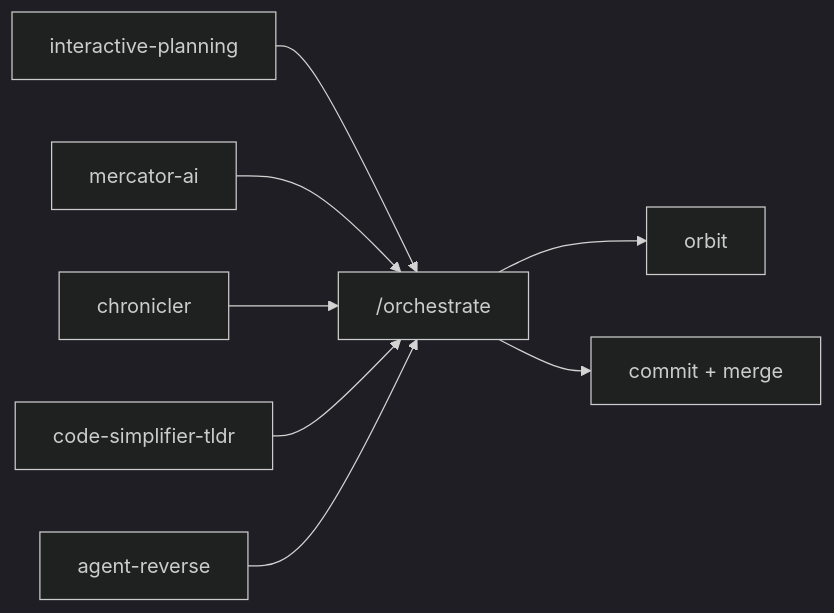
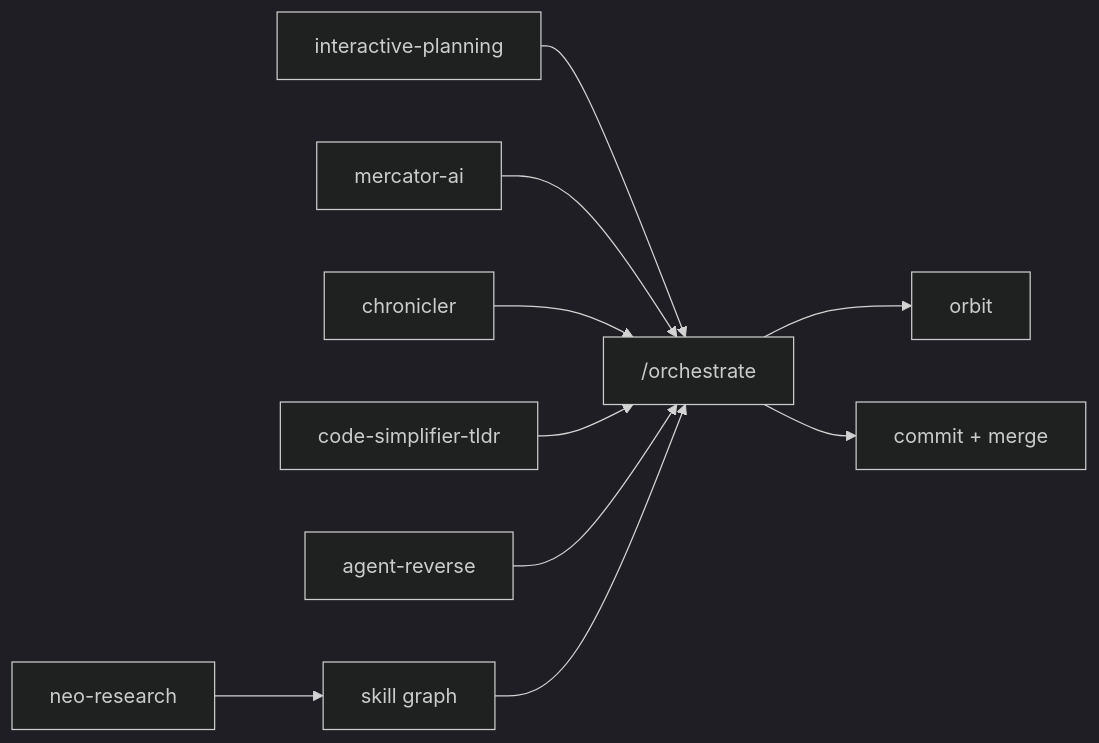
The diagram in README.md (shihwesley/shihwesley-plugins), drawn with Mermaid (dark theme) before and after one commit. The commit also changed other lines of this file, not shown here.

First line of the commit message:
Add Skill Graphs section — MOC-based agent navigation for high-coupling domains

````diff
--- a/README.md
+++ b/README.md
@@ -83,10 +106,12 @@
 ```mermaid
 graph LR
     IP["interactive-planning"] --> O["/orchestrate"]
     MA["mercator-ai"] --> O
     CH["chronicler"] --> O
     TLDR["code-simplifier-tldr"] --> O
     AR["agent-reverse"] --> O
+    NR["neo-research"] --> SG["skill graph"]
+    SG --> O
     O --> OB["orbit"]
     O --> Ship["commit + merge"]
 ```
````
